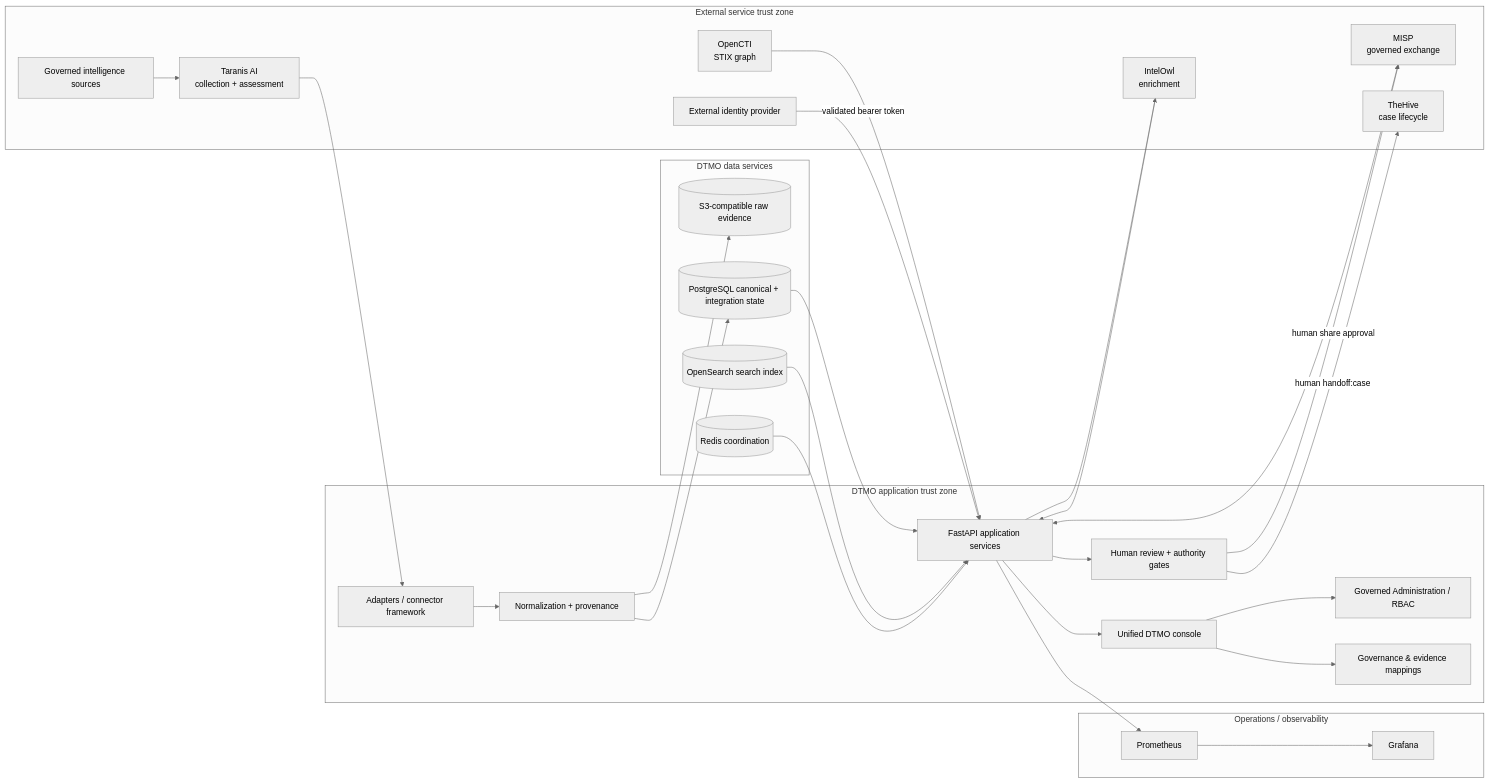
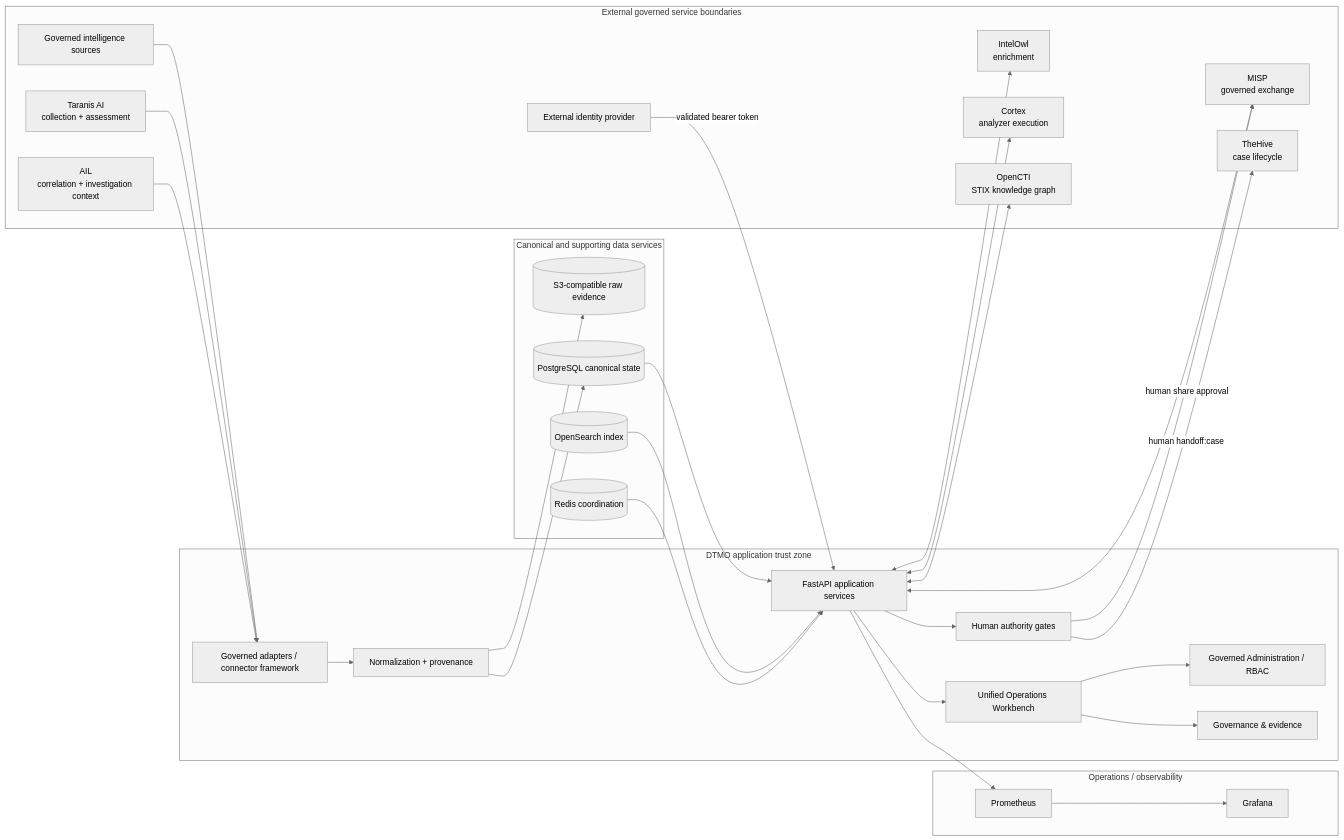
Before and after one commit to GJvManen/dtmo: the diagram in docs/architecture/SYSTEM_ARCHITECTURE.md, drawn with Mermaid (neutral theme). The commit also changed other lines of this file and 1 other file, not shown here.

First line of the commit message:
Architecture: reconcile integrated recovery baseline (#362)

````diff
--- a/docs/architecture/SYSTEM_ARCHITECTURE.md
+++ b/docs/architecture/SYSTEM_ARCHITECTURE.md
@@ -17,50 +17,57 @@
 ```mermaid
 flowchart LR
-    subgraph EXT[External service trust zone]
+    subgraph EXT[External governed service boundaries]
         SRC[Governed intelligence sources]
         TAR[Taranis AI\ncollection + assessment]
+        AIL[AIL\ncorrelation + investigation context]
         OWL[IntelOwl\nenrichment]
-        OCTI[OpenCTI\nSTIX graph]
+        CTX[Cortex\nanalyzer execution]
+        OCTI[OpenCTI\nSTIX knowledge graph]
         MISP[MISP\ngoverned exchange]
         HIVE[TheHive\ncase lifecycle]
         IDP[External identity provider]
     end
 
     subgraph DTMO[DTMO application trust zone]
-        ADP[Adapters / connector framework]
+        ADP[Governed adapters / connector framework]
         NORM[Normalization + provenance]
         API[FastAPI application services]
-        REVIEW[Human review + authority gates]
-        CONSOLE[Unified DTMO console]
+        REVIEW[Human authority gates]
+        WB[Unified Operations Workbench]
         ADMIN[Governed Administration / RBAC]
-        GOV[Governance & evidence mappings]
+        GOV[Governance & evidence]
     end
 
-    subgraph DATA[DTMO data services]
+    subgraph DATA[Canonical and supporting data services]
         OBJ[(S3-compatible raw evidence)]
-        PG[(PostgreSQL canonical + integration state)]
-        OS[(OpenSearch search index)]
+        PG[(PostgreSQL canonical state)]
+        OS[(OpenSearch index)]
         REDIS[(Redis coordination)]
     end
 
     subgraph OPS[Operations / observability]
         PROM[Prometheus]
         GRAF[Grafana]
     end
 
-    SRC --> TAR --> ADP --> NORM --> PG
+    SRC --> ADP
+    TAR --> ADP
+    AIL --> ADP
+    ADP --> NORM --> PG
     NORM --> OBJ
     PG --> API
     OS --> API
     REDIS --> API
-    API --> OWL --> API
-    OCTI --> API
+    API <--> OWL
+    API <--> CTX
+    API <--> OCTI
     API <--> MISP
     API --> REVIEW
     REVIEW -->|human handoff:case| HIVE
     REVIEW -->|human share approval| MISP
-    API --> CONSOLE --> ADMIN
-    CONSOLE --> GOV
+    API --> WB
+    WB --> ADMIN
+    WB --> GOV
     IDP -->|validated bearer token| API
     API --> PROM --> GRAF
 ```
````
